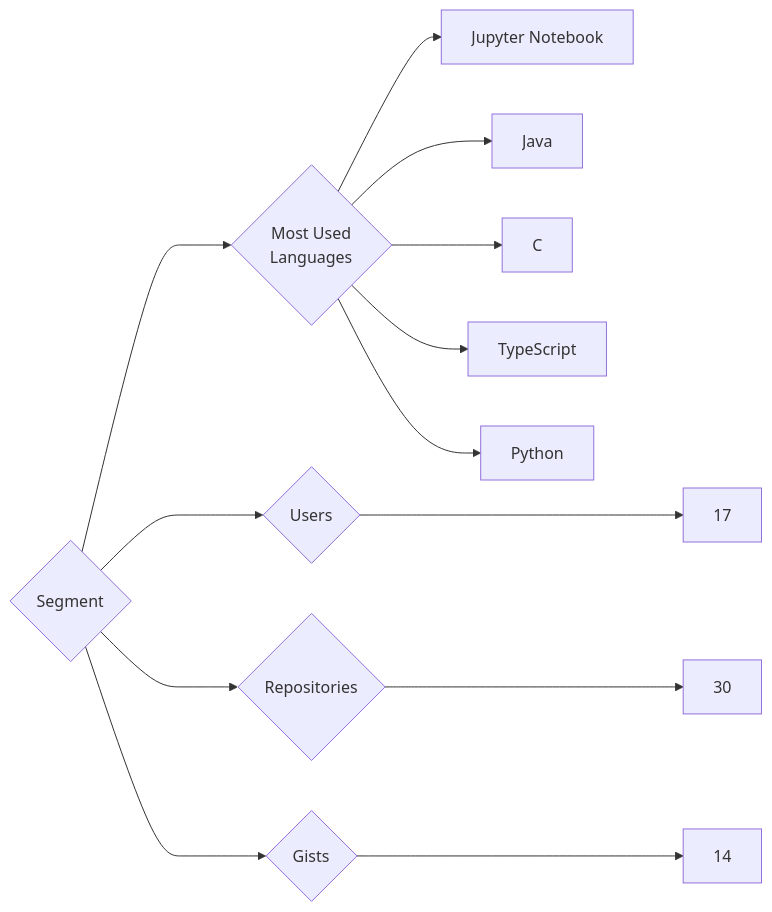
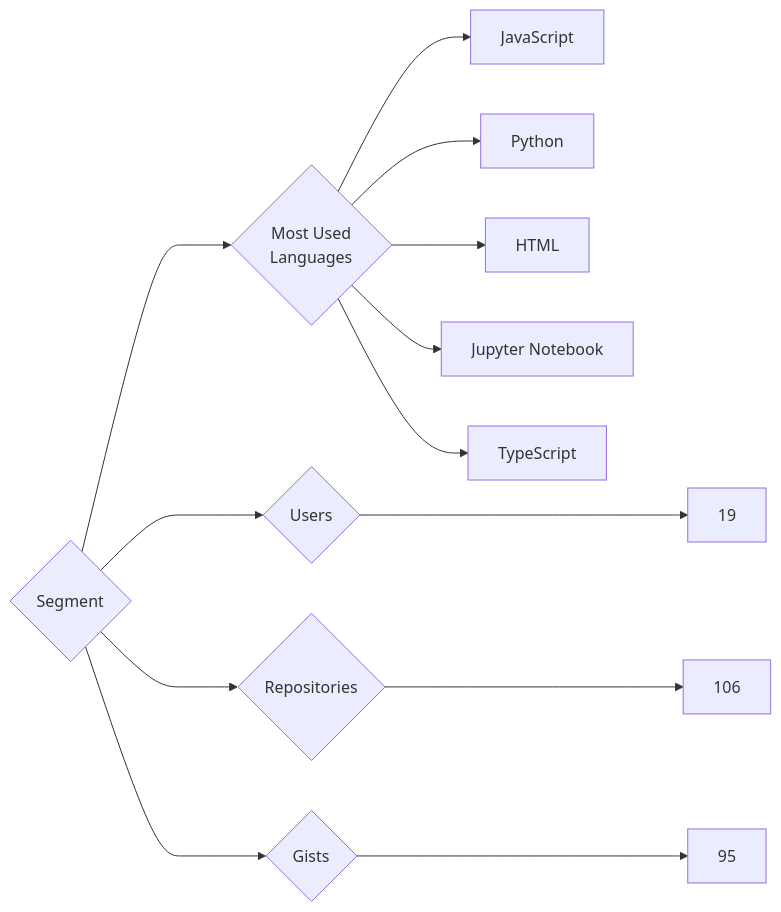
The diagram in targets/Segment/README.md (trickest/insiders), drawn with Mermaid before and after one commit. The commit also changed 851 other files, not shown here.

````diff
--- a/targets/Segment/README.md
+++ b/targets/Segment/README.md
@@ -3,13 +3,13 @@
 ```mermaid
 graph LR
 COMPANY_NAME{Segment}
-COMPANY_NAME ---> U{Users} ---> UN[17]
-COMPANY_NAME ---> R{Repositories} ---> RN[30]
-COMPANY_NAME ---> G{Gists} ---> GN[14]
+COMPANY_NAME ---> U{Users} ---> UN[19]
+COMPANY_NAME ---> R{Repositories} ---> RN[106]
+COMPANY_NAME ---> G{Gists} ---> GN[95]
 COMPANY_NAME ---> ML{Most Used<br>Languages}
+ML --> JavaScript[JavaScript]
+ML --> Python[Python]
+ML --> HTML[HTML]
 ML --> Jupyter_Notebook[Jupyter Notebook]
-ML --> Java[Java]
-ML --> C[C]
 ML --> TypeScript[TypeScript]
-ML --> Python[Python]
 ```
````
